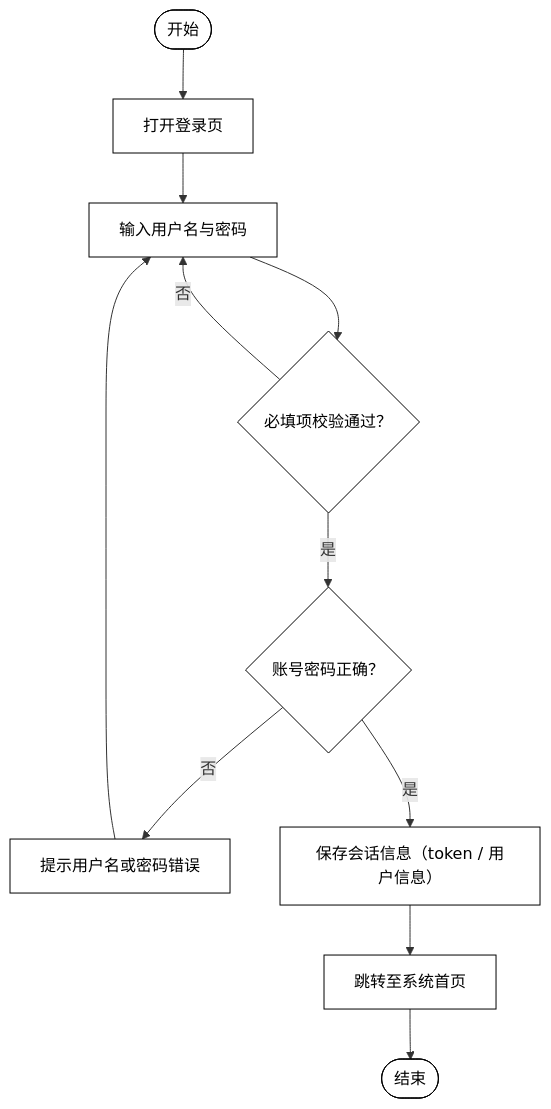
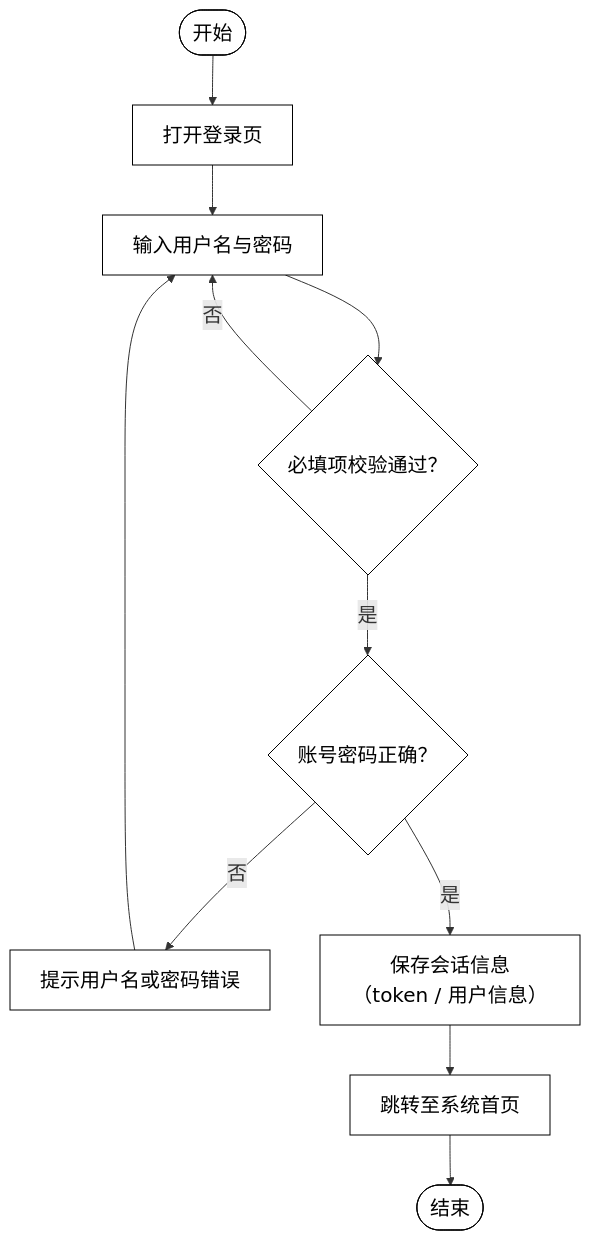
Diagram 11 of 31 in docs/功能需求分析与用例图.md (carl-Tu/campus-management), drawn with Mermaid before and after one commit. The commit also changed other lines of this file, not shown here.

Commit message:
docs：时序图与功能图字号统一调整为20px

````diff
--- a/docs/功能需求分析与用例图.md
+++ b/docs/功能需求分析与用例图.md
@@ -425,16 +435,17 @@
 ```mermaid
+%%{init: {"themeVariables": {"fontSize": "20px"}}}%%
 flowchart TD
   A(["开始"]) --> B["打开登录页"]
   B --> C["输入用户名与密码"]
   C --> D{"必填项校验通过？"}
   D -- 否 --> C
   D -- 是 --> E{"账号密码正确？"}
   E -- 否 --> F["提示用户名或密码错误"]
   F --> C
   E -- 是 --> G["保存会话信息（token / 用户信息）"]
   G --> H["跳转至系统首页"]
   H --> I(["结束"])
 
   classDef box fill:#ffffff,stroke:#000000,stroke-width:1px,color:#000000
   class A,B,C,D,E,F,G,H,I box
 ```
````
